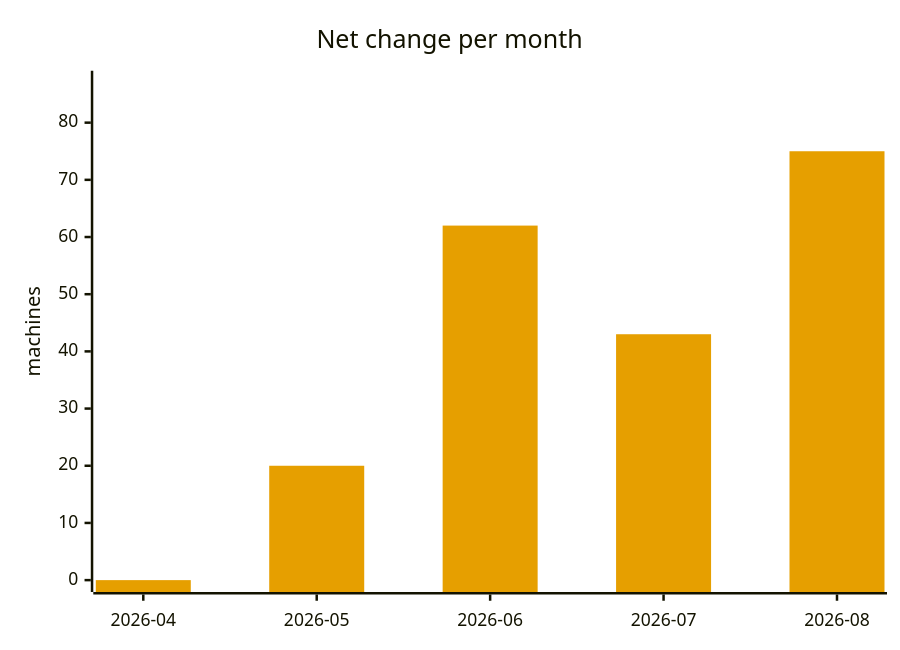
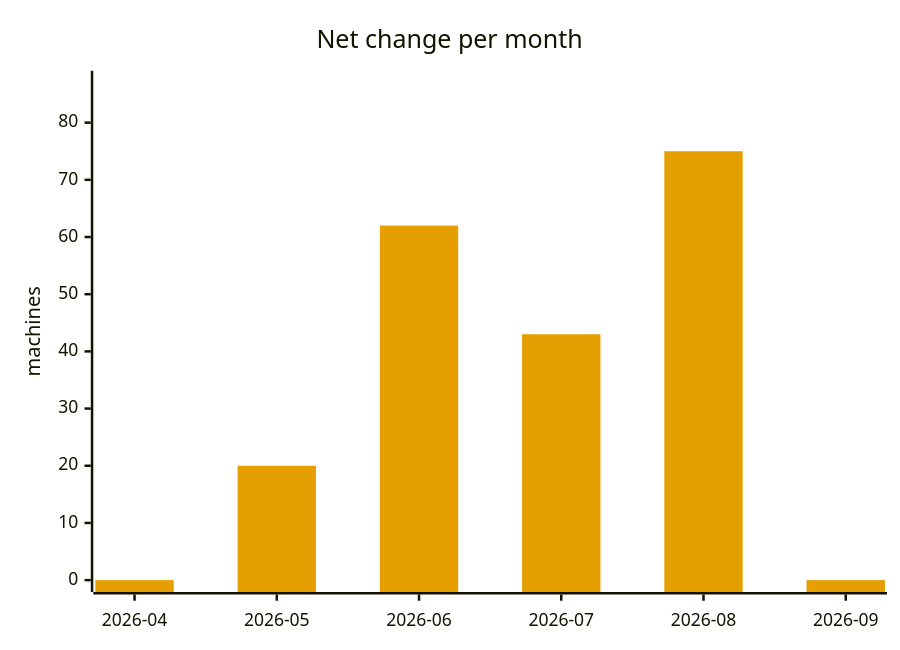
The seventh of 7 diagrams in ANALYSIS.md (cheeaun/returnright-data), drawn with Mermaid before and after one commit. The commit also changed other lines of this file and 3 other files, not shown here.

````diff
--- a/ANALYSIS.md
+++ b/ANALYSIS.md
@@ -304,13 +307,13 @@
 ```mermaid
 ---
 config:
   themeVariables:
     xyChart:
       plotColorPalette: "#E69F00"
 ---
 xychart-beta
     title "Net change per month"
-    x-axis ["2026-04", "2026-05", "2026-06", "2026-07", "2026-08"]
+    x-axis ["2026-04", "2026-05", "2026-06", "2026-07", "2026-08", "2026-09"]
     y-axis "machines" 0 --> 87
-    bar [0, 20, 62, 43, 75]
+    bar [0, 20, 62, 43, 75, 0]
 ```
````
